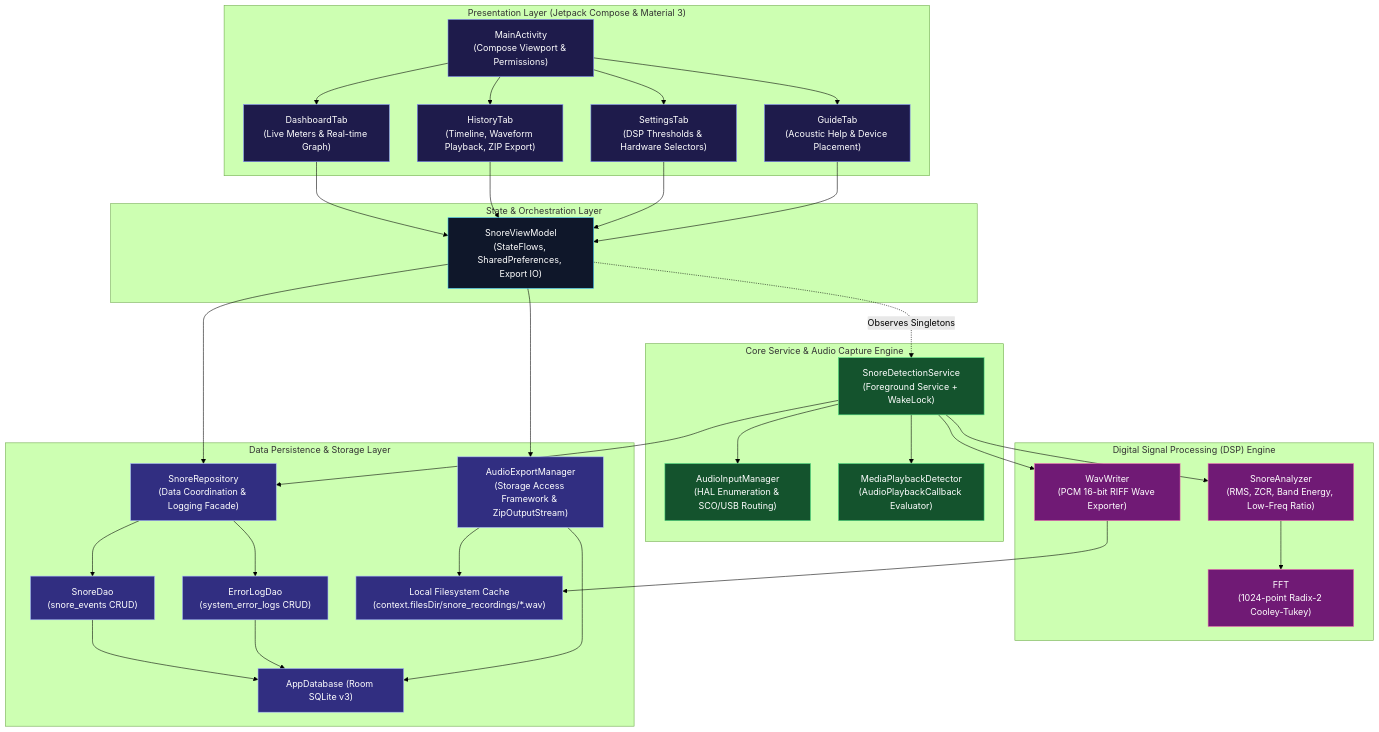
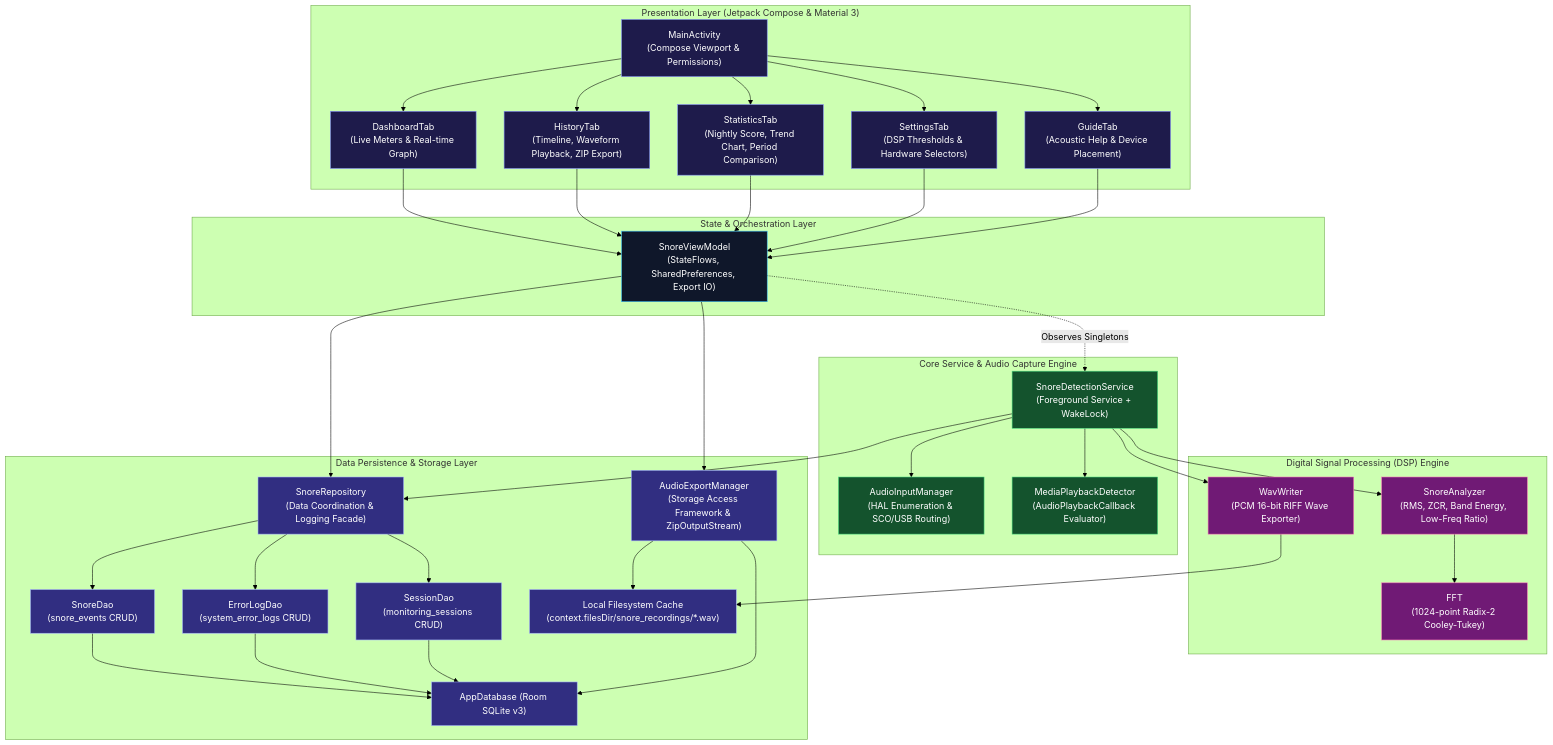
The second of 10 diagrams in ARCHITECTURE.md (elgrande73/FOSS-snore-detector-android-app), drawn with Mermaid (forest theme) before and after one commit. The commit also changed other lines of this file and 22 other files, not shown here.

First line of the commit message:
Add nightly snore score, sessions and trend statistics

````diff
--- a/ARCHITECTURE.md
+++ b/ARCHITECTURE.md
@@ -59,63 +59,65 @@
 ```mermaid
 graph TB
     subgraph UI_Layer ["Presentation Layer (Jetpack Compose & Material 3)"]
         MainActivity["MainActivity<br/>(Compose Viewport & Permissions)"]
         DashboardTab["DashboardTab<br/>(Live Meters & Real-time Graph)"]
         HistoryTab["HistoryTab<br/>(Timeline, Waveform Playback, ZIP Export)"]
         SettingsTab["SettingsTab<br/>(DSP Thresholds & Hardware Selectors)"]
         GuideTab["GuideTab<br/>(Acoustic Help & Device Placement)"]
+        StatisticsTab["StatisticsTab<br/>(Nightly Score, Trend Chart, Period Comparison)"]
     end
 
     subgraph ViewModel_Layer ["State & Orchestration Layer"]
         SnoreViewModel["SnoreViewModel<br/>(StateFlows, SharedPreferences, Export IO)"]
     end
 
     subgraph Service_Layer ["Core Service & Audio Capture Engine"]
         Service["SnoreDetectionService<br/>(Foreground Service + WakeLock)"]
         InputMgr["AudioInputManager<br/>(HAL Enumeration & SCO/USB Routing)"]
         MediaDet["MediaPlaybackDetector<br/>(AudioPlaybackCallback Evaluator)"]
     end
 
     subgraph DSP_Layer ["Digital Signal Processing (DSP) Engine"]
         Analyzer["SnoreAnalyzer<br/>(RMS, ZCR, Band Energy, Low-Freq Ratio)"]
         FFTEngine["FFT<br/>(1024-point Radix-2 Cooley-Tukey)"]
         WavOut["WavWriter<br/>(PCM 16-bit RIFF Wave Exporter)"]
     end
 
     subgraph Data_Layer ["Data Persistence & Storage Layer"]
         Repo["SnoreRepository<br/>(Data Coordination & Logging Facade)"]
         RoomDB["AppDatabase (Room SQLite v3)"]
         SnoreDao["SnoreDao<br/>(snore_events CRUD)"]
         ErrorLogDao["ErrorLogDao<br/>(system_error_logs CRUD)"]
+        SessionDao["SessionDao<br/>(monitoring_sessions CRUD)"]
         DiskFiles["Local Filesystem Cache<br/>(context.filesDir/snore_recordings/*.wav)"]
         ExportMgr["AudioExportManager<br/>(Storage Access Framework & ZipOutputStream)"]
     end
 
-    MainActivity --> DashboardTab & HistoryTab & SettingsTab & GuideTab
-    DashboardTab & HistoryTab & SettingsTab & GuideTab --> SnoreViewModel
+    MainActivity --> DashboardTab & HistoryTab & StatisticsTab & SettingsTab & GuideTab
+    DashboardTab & HistoryTab & StatisticsTab & SettingsTab & GuideTab --> SnoreViewModel
     SnoreViewModel --> Repo
     SnoreViewModel -.->|Observes Singletons| Service
     Service --> InputMgr
     Service --> MediaDet
     Service --> Analyzer
     Analyzer --> FFTEngine
     Service --> WavOut
     WavOut --> DiskFiles
     Service --> Repo
-    Repo --> SnoreDao & ErrorLogDao
-    SnoreDao & ErrorLogDao --> RoomDB
+    Repo --> SnoreDao & ErrorLogDao & SessionDao
+    SnoreDao & ErrorLogDao & SessionDao --> RoomDB
     SnoreViewModel --> ExportMgr
     ExportMgr --> DiskFiles & RoomDB
 
     classDef ui fill:#1e1b4b,stroke:#818cf8,color:#ffffff;
     classDef vm fill:#0f172a,stroke:#38bdf8,color:#ffffff;
     classDef srv fill:#14532d,stroke:#4ade80,color:#ffffff;
     classDef dsp fill:#701a75,stroke:#f472b6,color:#ffffff;
     classDef data fill:#312e81,stroke:#a5b4fc,color:#ffffff;
     
-    class MainActivity,DashboardTab,HistoryTab,SettingsTab,GuideTab ui;
+    class MainActivity,DashboardTab,HistoryTab,StatisticsTab,SettingsTab,GuideTab ui;
     class SnoreViewModel vm;
     class Service,InputMgr,MediaDet srv;
     class Analyzer,FFTEngine,WavOut dsp;
-    class Repo,RoomDB,SnoreDao,ErrorLogDao,DiskFiles,ExportMgr data;
+    class Repo,RoomDB,SnoreDao,ErrorLogDao,SessionDao,DiskFiles,ExportMgr data;
 ```
````
